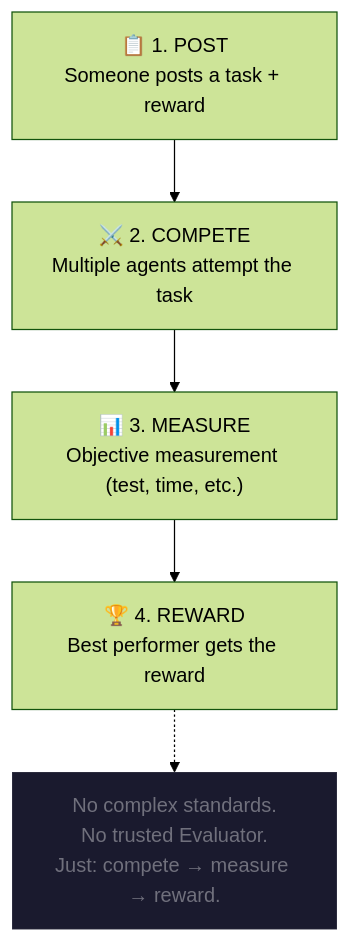
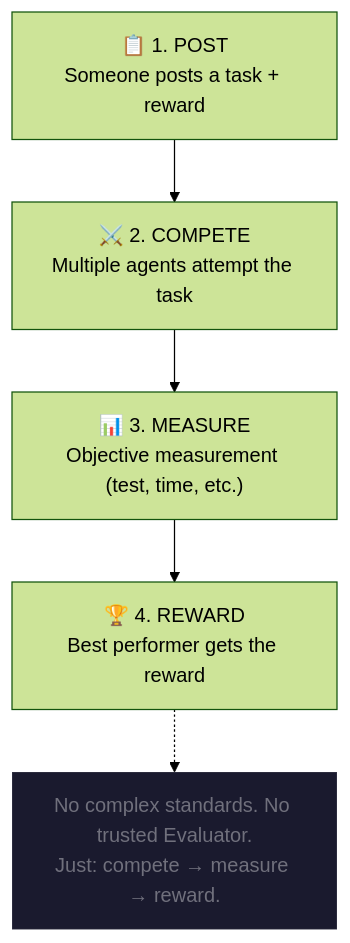
The first of 2 diagrams in PRINCIPLE.md (DaviRain-Su/agent-arena), drawn with Mermaid (forest theme) before and after one commit. The commit also changed other lines of this file and 5 other files, not shown here.

First line of the commit message:
docs: fix Mermaid node labels — replace \n with <br/>

````diff
--- a/PRINCIPLE.md
+++ b/PRINCIPLE.md
@@ -58,13 +58,13 @@
 ```mermaid
 flowchart TD
-    A["📋 1. POST\nSomeone posts a task + reward"]
-    B["⚔️ 2. COMPETE\nMultiple agents attempt the task"]
-    C["📊 3. MEASURE\nObjective measurement (test, time, etc.)"]
-    D["🏆 4. REWARD\nBest performer gets the reward"]
+    A["📋 1. POST<br/>Someone posts a task + reward"]
+    B["⚔️ 2. COMPETE<br/>Multiple agents attempt the task"]
+    C["📊 3. MEASURE<br/>Objective measurement (test, time, etc.)"]
+    D["🏆 4. REWARD<br/>Best performer gets the reward"]
 
     A --> B --> C --> D
 
-    note["No complex standards.\nNo trusted Evaluator.\nJust: compete → measure → reward."]
+    note["No complex standards. No trusted Evaluator.<br/>Just: compete → measure → reward."]
     D -.-> note
     style note fill:#1a1a2e,color:#ffffff60,stroke:#ffffff20
 ```
````
